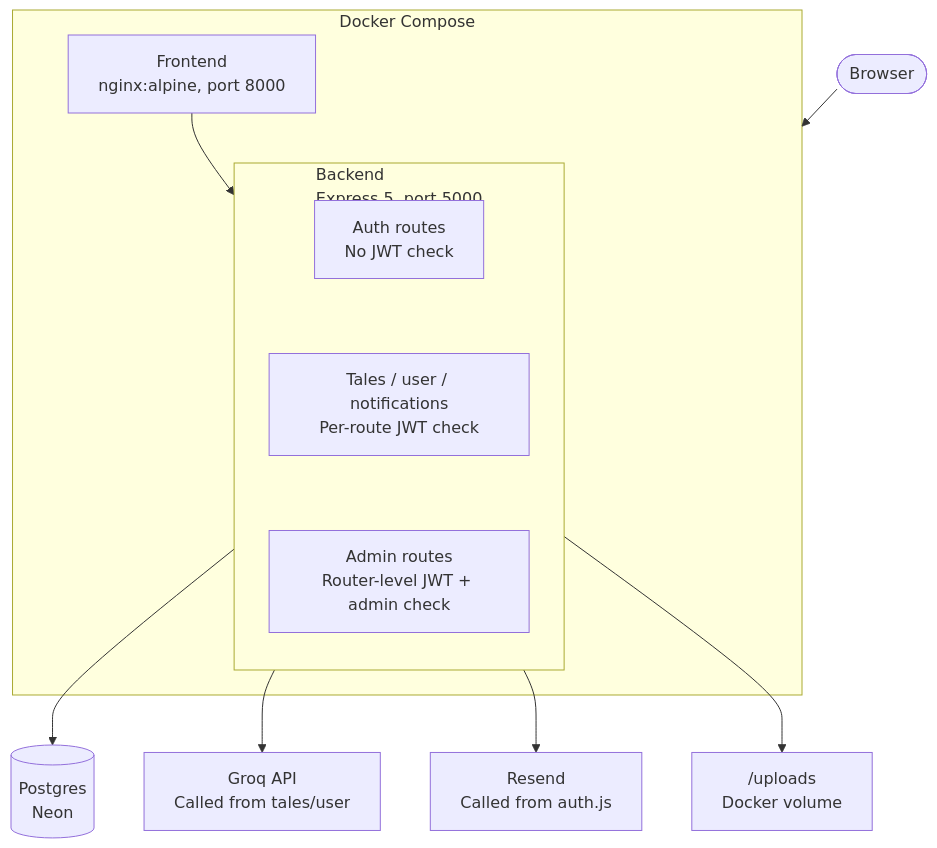
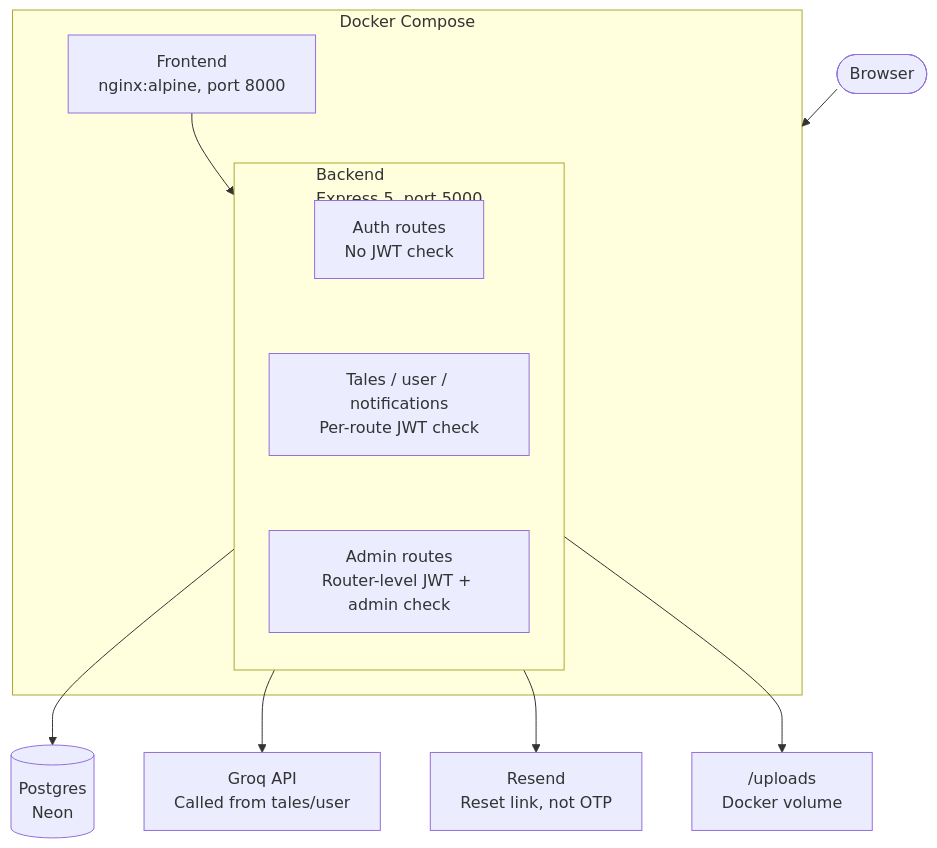
The diagram in README.md (vaishnaviiii96/gitam-tales), drawn with Mermaid before and after one commit. The commit also changed other lines of this file and 1 other file, not shown here.

Commit message:
fix: correct reset link logic and documentation

````diff
--- a/README.md
+++ b/README.md
@@ -21,30 +21,30 @@
 ```mermaid
 flowchart TD
     Browser(["Browser"])
     
     subgraph Docker ["Docker Compose"]
         Frontend["Frontend<br/>nginx:alpine, port 8000"]
         
         subgraph Backend ["Backend<br/>Express 5, port 5000"]
             direction TB
             Auth["Auth routes<br/>No JWT check"]
             Tales["Tales / user / notifications<br/>Per-route JWT check"]
             Admin["Admin routes<br/>Router-level JWT + admin check"]
             Auth ~~~ Tales ~~~ Admin
         end
         
         Frontend --> Backend
     end
     
     Browser --> Docker
     
     Postgres[("Postgres<br/>Neon")]
     Groq["Groq API<br/>Called from tales/user"]
-    Resend["Resend<br/>Called from auth.js"]
+    Resend["Resend<br/>Reset link, not OTP"]
     Uploads["/uploads<br/>Docker volume"]
     
     Backend --> Postgres
     Backend --> Groq
     Backend --> Resend
     Backend --> Uploads
 ```
````
